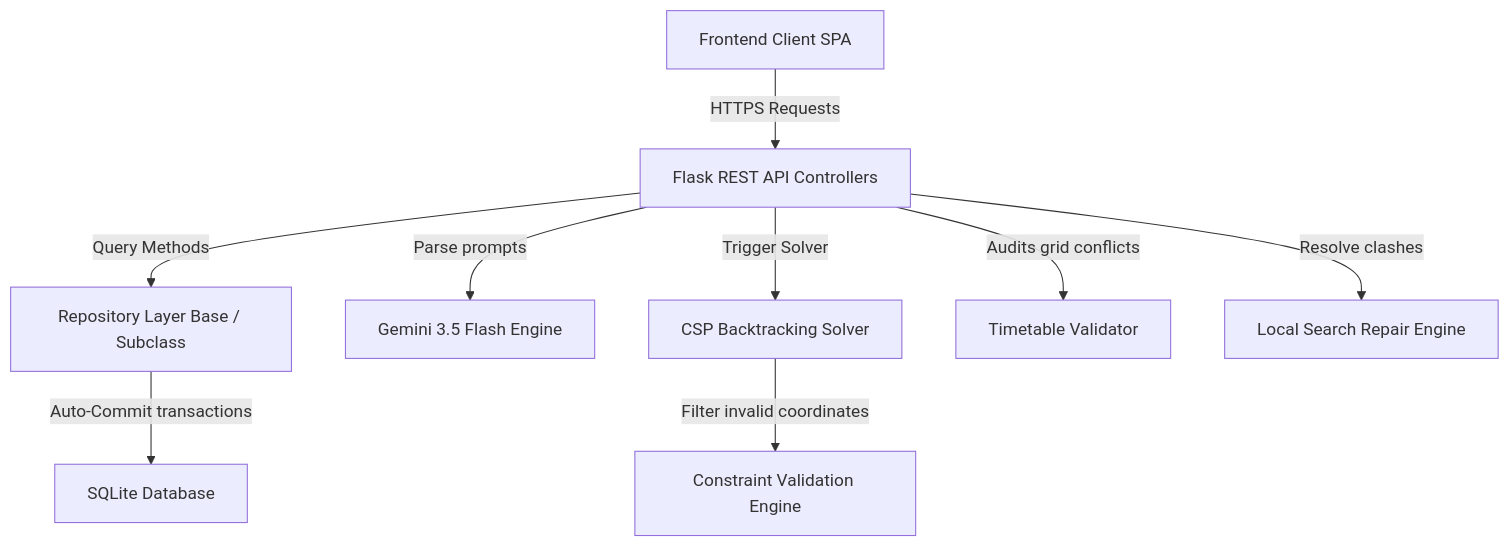
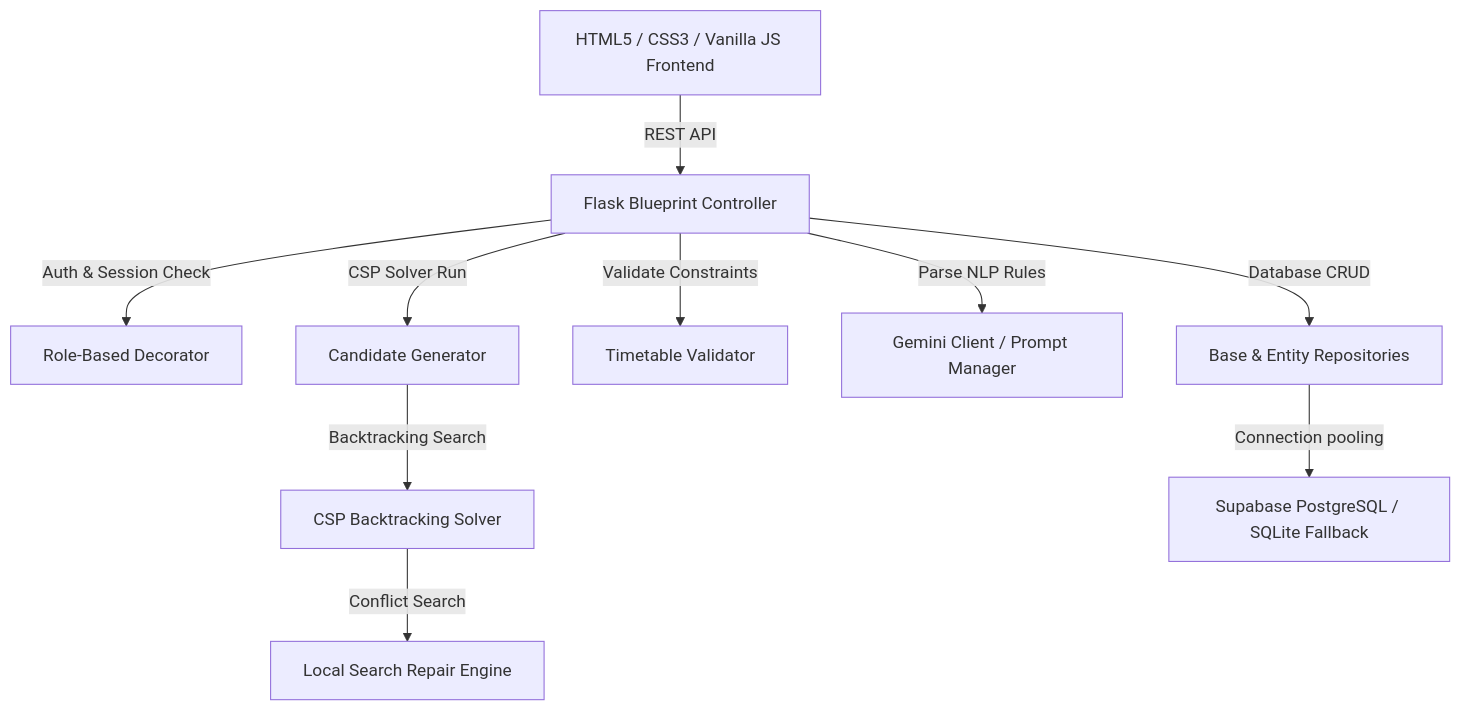
The diagram in README.md (Divakar1326/TT_scheduler), drawn with Mermaid before and after one commit. The commit also changed other lines of this file and 135 other files, not shown here.

````diff
--- a/README.md
+++ b/README.md
@@ -11,11 +23,12 @@
 ```mermaid
 graph TD
-    A[Frontend Client SPA] -->|HTTPS Requests| B[Flask REST API Controllers]
-    B -->|Query Methods| C[Repository Layer Base / Subclass]
-    C -->|Auto-Commit transactions| D[SQLite Database]
-    B -->|Parse prompts| E[Gemini 3.5 Flash Engine]
-    B -->|Trigger Solver| F[CSP Backtracking Solver]
-    F -->|Filter invalid coordinates| G[Constraint Validation Engine]
-    B -->|Audits grid conflicts| H[Timetable Validator]
-    B -->|Resolve clashes| I[Local Search Repair Engine]
+    UI[HTML5 / CSS3 / Vanilla JS Frontend] -->|REST API| API[Flask Blueprint Controller]
+    API -->|Auth & Session Check| Auth[Role-Based Decorator]
+    API -->|CSP Solver Run| CG[Candidate Generator]
+    CG -->|Backtracking Search| Solver[CSP Backtracking Solver]
+    Solver -->|Conflict Search| Repair[Local Search Repair Engine]
+    API -->|Validate Constraints| Val[Timetable Validator]
+    API -->|Parse NLP Rules| AI[Gemini Client / Prompt Manager]
+    API -->|Database CRUD| Rep[Base & Entity Repositories]
+    Rep -->|Connection pooling| DB[Supabase PostgreSQL / SQLite Fallback]
 ```
````
